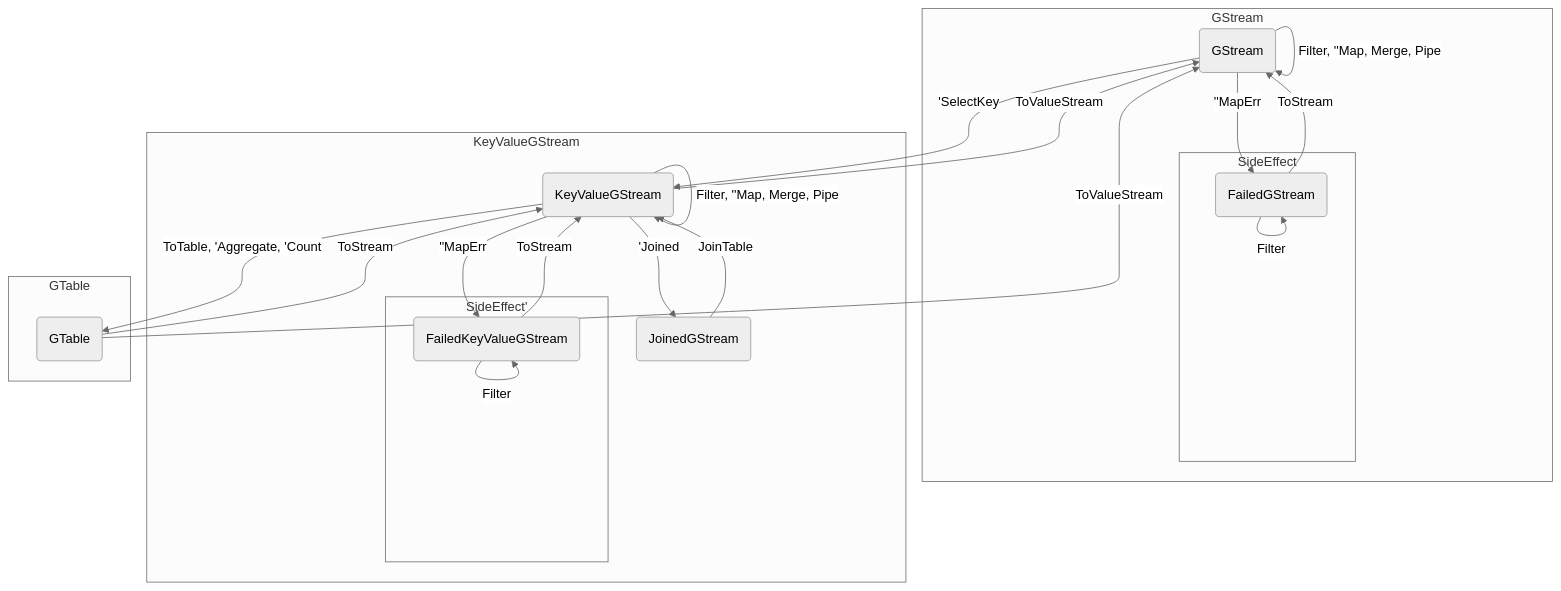
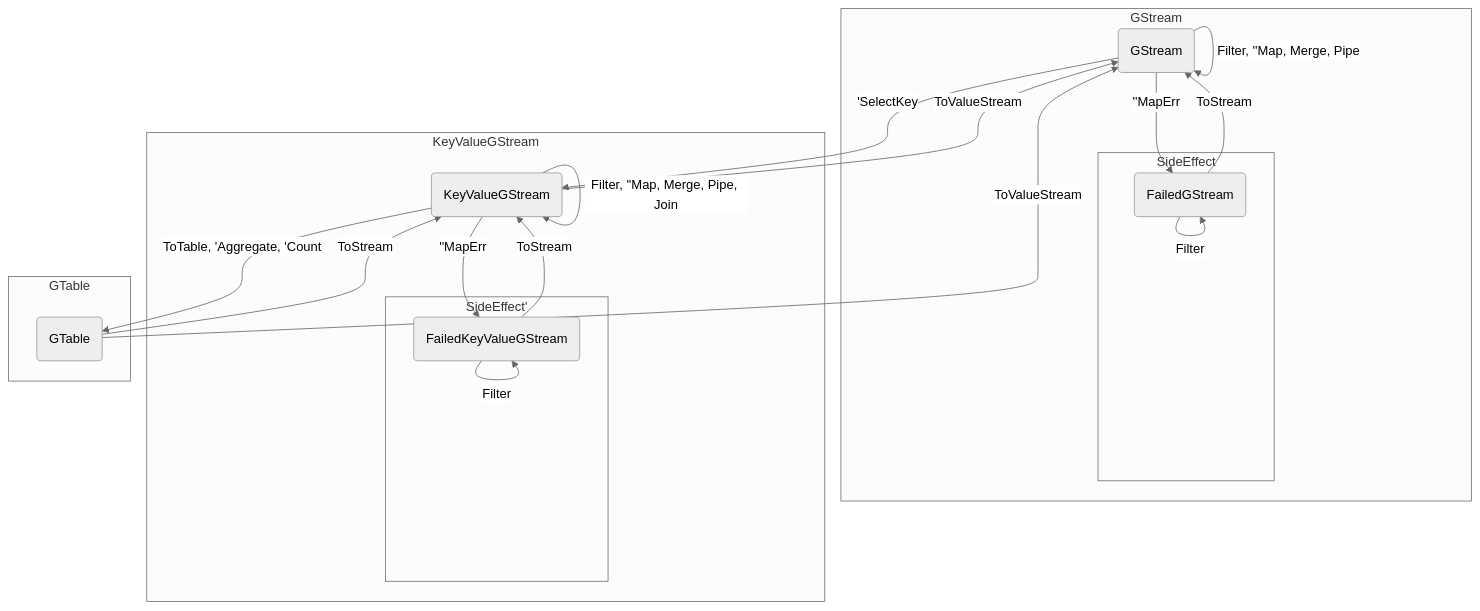
One commit to KumKeeHyun/gstream changed the first of 2 diagrams in README.md. Above: the diagram before and after it, drawn with Mermaid (neutral theme). The commit also changed 3 other files, not shown here.

Commit message:
delete joined, add join func

````diff
--- a/README.md
+++ b/README.md
@@ -34,34 +34,31 @@
 ```mermaid 
 graph TD
     A(GStream) -->|'SelectKey| B(KeyValueGStream)
     A -->|Filter, ''Map, Merge, Pipe| A
-    B -->|Filter, ''Map, Merge, Pipe| B
+    B -->|Filter, ''Map, Merge, Pipe, Join| B
     B -->|ToValueStream| A
     B -->|ToTable, 'Aggregate, 'Count| C(GTable)
     C -->|ToStream| B
     C -->|ToValueStream| A
-    B -->|'Joined| D(JoinedGStream)
-    D -->|JoinTable| B
     A -->|''MapErr| E(FailedGStream)
     E -->|Filter| E
     E -->|ToStream| A
     B -->|''MapErr| F(FailedKeyValueGStream)
     F -->|Filter| F
     F -->|ToStream| B
     subgraph GStream
     A
     subgraph SideEffect
     E
     end
     end
     subgraph KeyValueGStream
     B
-    D
     subgraph SideEffect'
     F
     end
     end
     subgraph GTable
     C
     end
 ```
````
